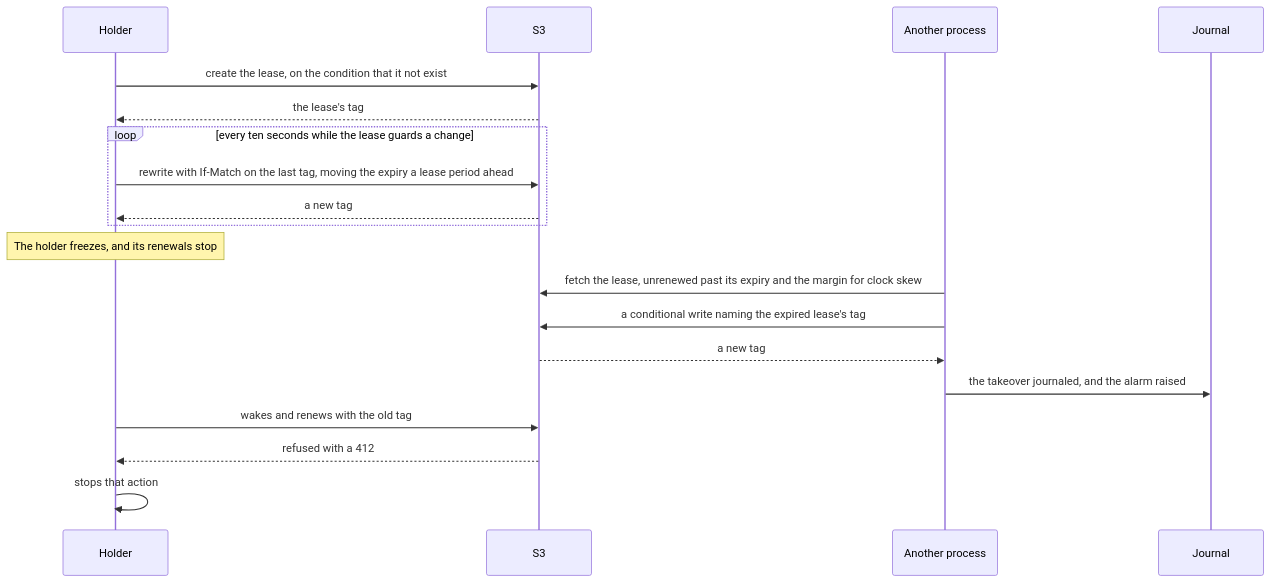
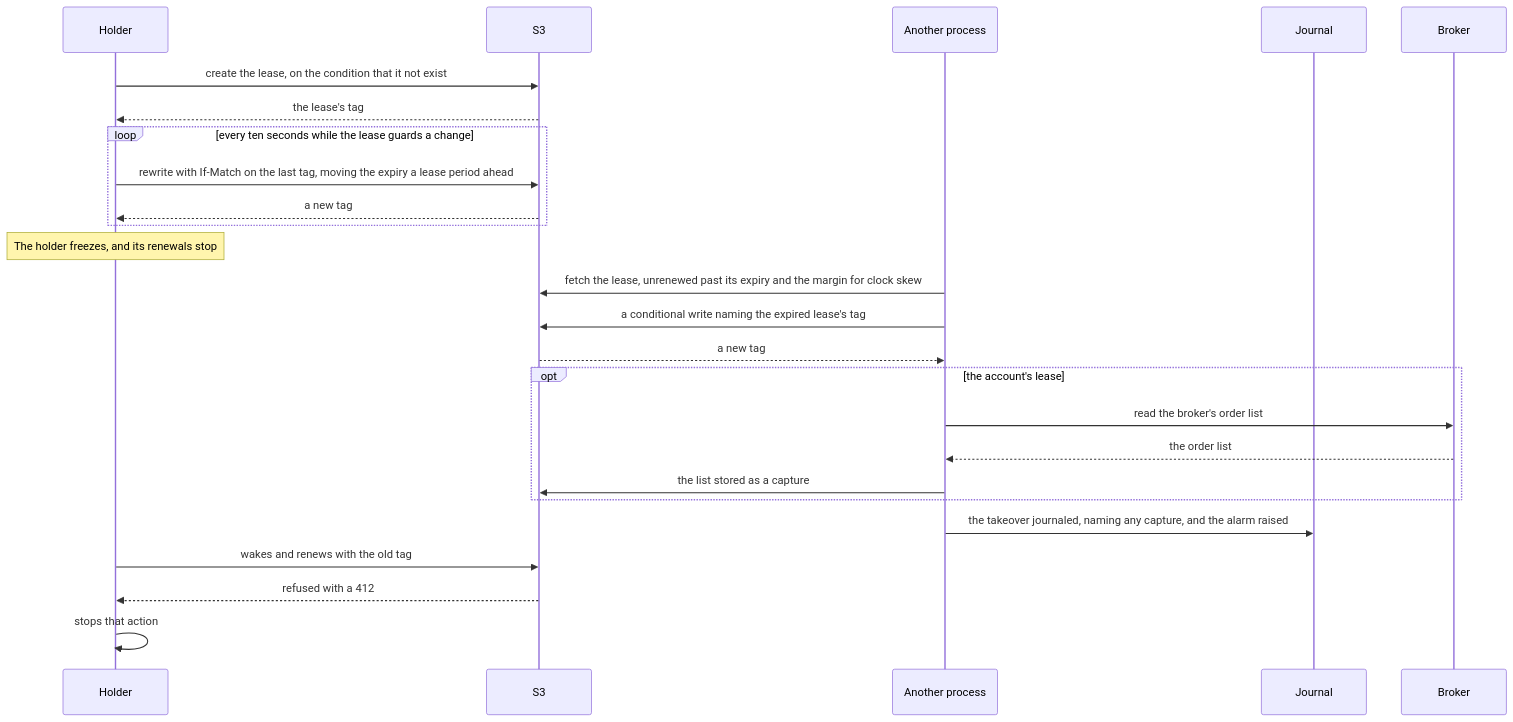
The third of 3 diagrams in docs/halts-and-drills.md (l3a0/ithildin-runtime), drawn with Mermaid before and after one commit. The commit also changed other lines of this file and 2 other files, not shown here.

````diff
--- a/docs/halts-and-drills.md
+++ b/docs/halts-and-drills.md
@@ -158,21 +159,27 @@
 ```mermaid
 sequenceDiagram
     participant A as Holder
     participant S as S3
     participant B as Another process
     participant J as Journal
+    participant K as Broker
     A->>S: create the lease, on the condition that it not exist
     S-->>A: the lease's tag
     loop every ten seconds while the lease guards a change
         A->>S: rewrite with If-Match on the last tag, moving the expiry a lease period ahead
         S-->>A: a new tag
     end
     Note over A: The holder freezes, and its renewals stop
     B->>S: fetch the lease, unrenewed past its expiry and the margin for clock skew
     B->>S: a conditional write naming the expired lease's tag
     S-->>B: a new tag
-    B->>J: the takeover journaled, and the alarm raised
+    opt the account's lease
+        B->>K: read the broker's order list
+        K-->>B: the order list
+        B->>S: the list stored as a capture
+    end
+    B->>J: the takeover journaled, naming any capture, and the alarm raised
     A->>S: wakes and renews with the old tag
     S-->>A: refused with a 412
     A->>A: stops that action
 ```
````
